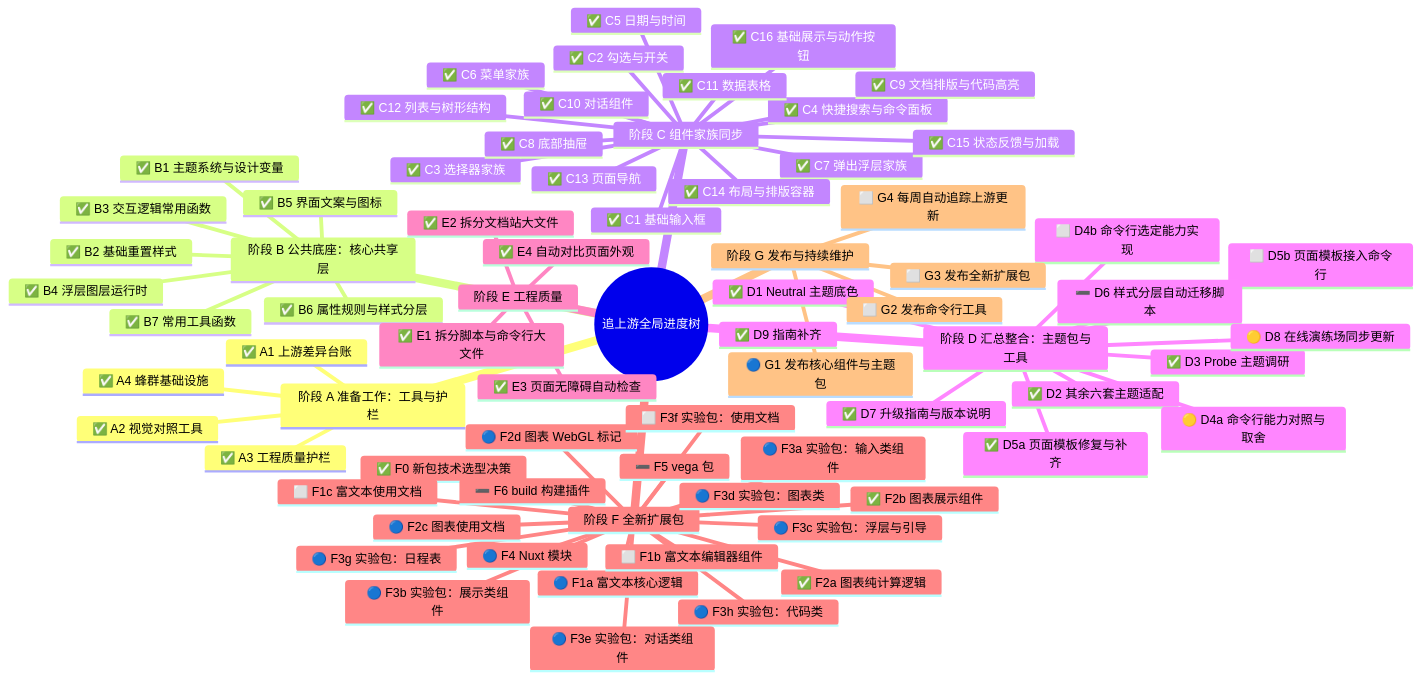
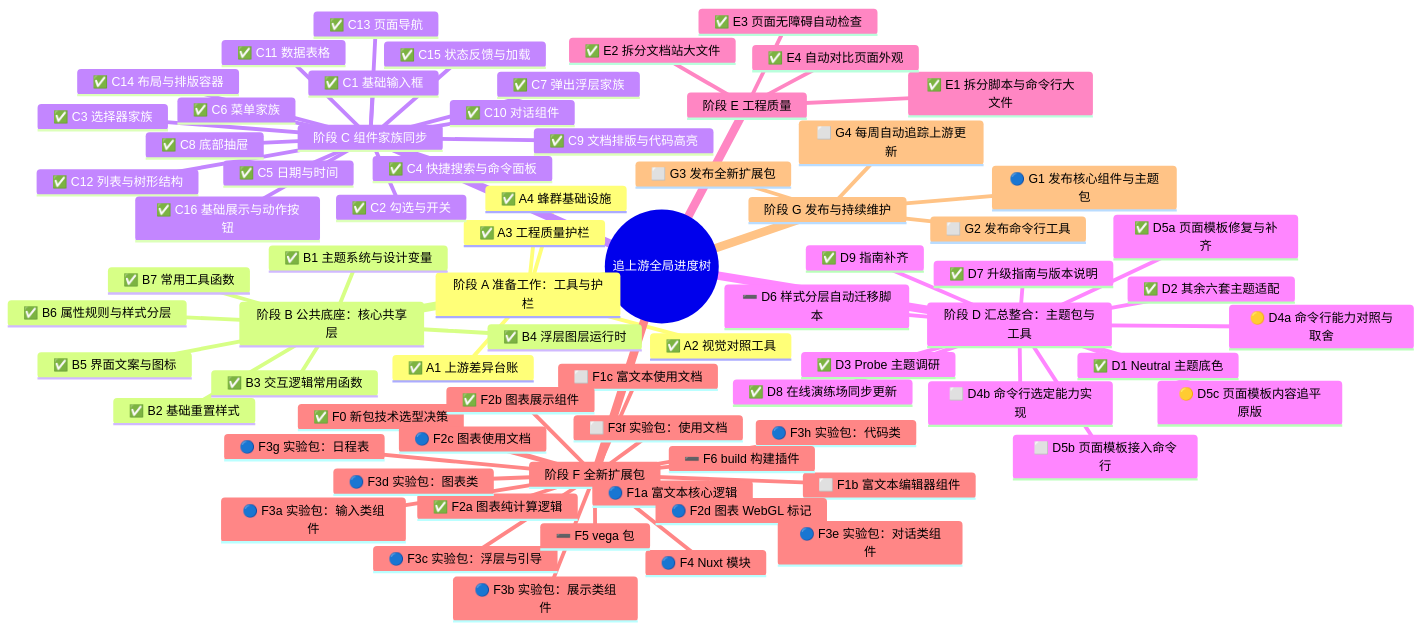
The first of 6 diagrams in .agents-work/upstream-sync-0.7.1/ROADMAP.md (astryx-vue/astryx-vue), drawn with Mermaid before and after one commit. The commit also changed other lines of this file and 5 other files, not shown here.

````diff
--- a/.agents-work/upstream-sync-0.7.1/ROADMAP.md
+++ b/.agents-work/upstream-sync-0.7.1/ROADMAP.md
@@ -8,76 +8,77 @@
 ```mermaid
 mindmap
   root((追上游全局进度树))
     阶段 A 准备工作：工具与护栏
       ✅ A1 上游差异台账
       ✅ A2 视觉对照工具
       ✅ A3 工程质量护栏
       ✅ A4 蜂群基础设施
     阶段 B 公共底座：核心共享层
       ✅ B1 主题系统与设计变量
       ✅ B2 基础重置样式
       ✅ B3 交互逻辑常用函数
       ✅ B4 浮层图层运行时
       ✅ B5 界面文案与图标
       ✅ B6 属性规则与样式分层
       ✅ B7 常用工具函数
     阶段 C 组件家族同步
       ✅ C1 基础输入框
       ✅ C2 勾选与开关
       ✅ C3 选择器家族
       ✅ C4 快捷搜索与命令面板
       ✅ C5 日期与时间
       ✅ C6 菜单家族
       ✅ C7 弹出浮层家族
       ✅ C8 底部抽屉
       ✅ C9 文档排版与代码高亮
       ✅ C10 对话组件
       ✅ C11 数据表格
       ✅ C12 列表与树形结构
       ✅ C13 页面导航
       ✅ C14 布局与排版容器
       ✅ C15 状态反馈与加载
       ✅ C16 基础展示与动作按钮
     阶段 D 汇总整合：主题包与工具
       ✅ D1 Neutral 主题底色
       ✅ D2 其余六套主题适配
       ✅ D3 Probe 主题调研
       🟡 D4a 命令行能力对照与取舍
       ⬜ D4b 命令行选定能力实现
       ✅ D5a 页面模板修复与补齐
       ⬜ D5b 页面模板接入命令行
+      🟡 D5c 页面模板内容追平原版
       ➖ D6 样式分层自动迁移脚本
       ✅ D7 升级指南与版本说明
-      🟡 D8 在线演练场同步更新
+      ✅ D8 在线演练场同步更新
       ✅ D9 指南补齐
     阶段 E 工程质量
       ✅ E1 拆分脚本与命令行大文件
       ✅ E2 拆分文档站大文件
       ✅ E3 页面无障碍自动检查
       ✅ E4 自动对比页面外观
     阶段 F 全新扩展包
       ✅ F0 新包技术选型决策
       🔵 F1a 富文本核心逻辑
       ⬜ F1b 富文本编辑器组件
       ⬜ F1c 富文本使用文档
       ✅ F2a 图表纯计算逻辑
       ✅ F2b 图表展示组件
       🔵 F2c 图表使用文档
       🔵 F2d 图表 WebGL 标记
       🔵 F3a 实验包：输入类组件
       🔵 F3b 实验包：展示类组件
       🔵 F3g 实验包：日程表
       🔵 F3c 实验包：浮层与引导
       🔵 F3d 实验包：图表类
       🔵 F3h 实验包：代码类
       🔵 F3e 实验包：对话类组件
       ⬜ F3f 实验包：使用文档
       🔵 F4 Nuxt 模块
       ➖ F5 vega 包
       ➖ F6 build 构建插件
     阶段 G 发布与持续维护
       🔵 G1 发布核心组件与主题包
       ⬜ G2 发布命令行工具
       ⬜ G3 发布全新扩展包
       ⬜ G4 每周自动追踪上游更新
 ```
````
